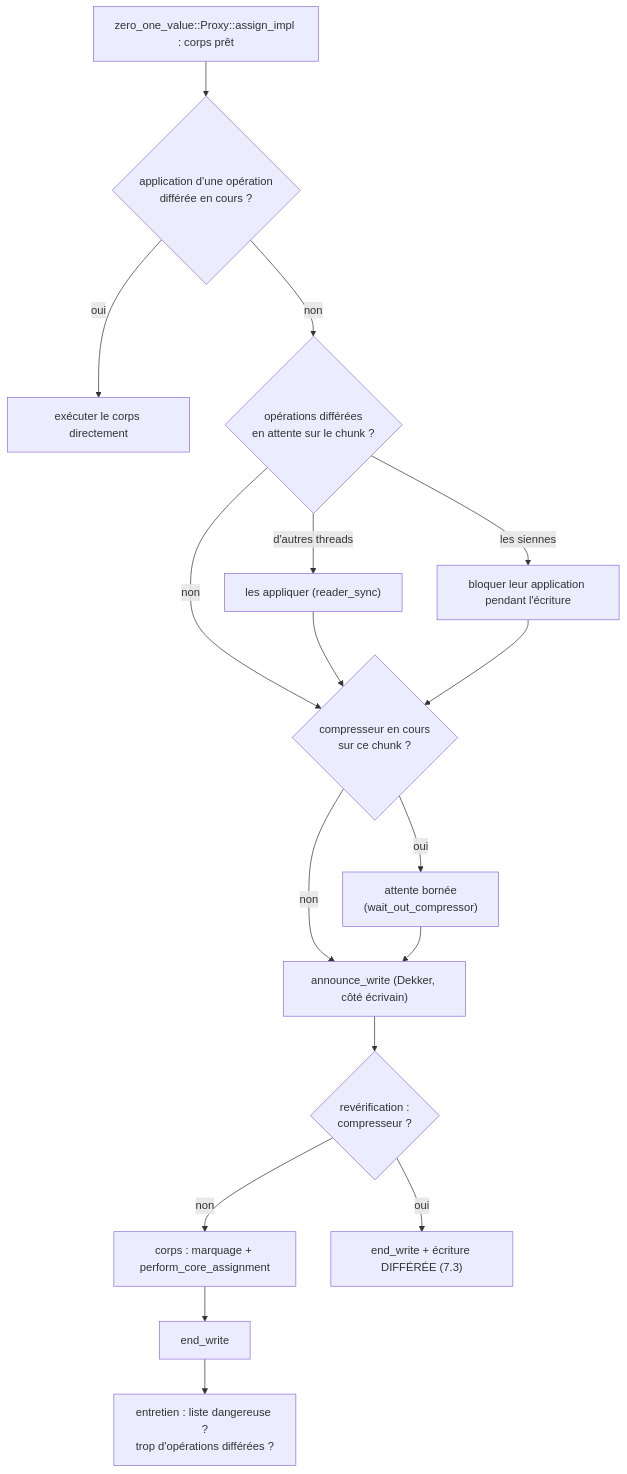
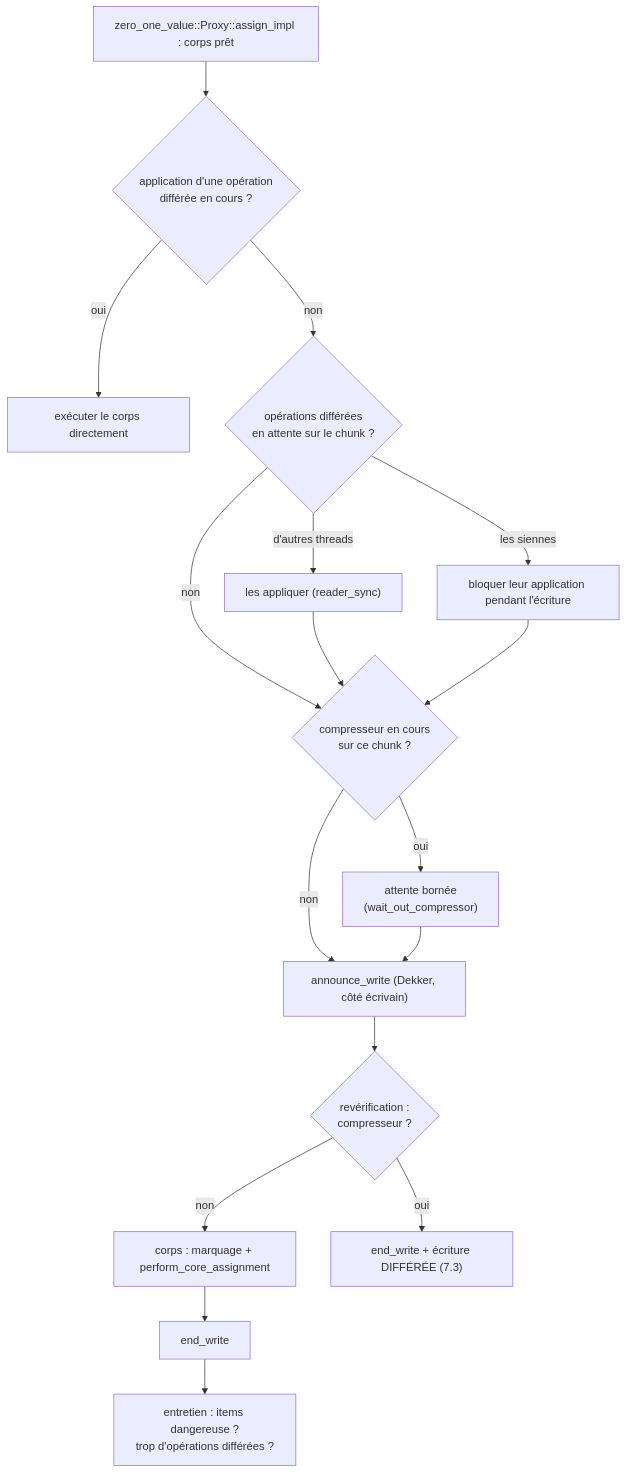
Before and after one commit to cea-hpc/shrink-array: the first of 2 diagrams in docs/algo_zero_one_value_fr.md, drawn with Mermaid. The commit also changed other lines of this file and 99 other files, not shown here.

````diff
--- a/docs/algo_zero_one_value_fr.md
+++ b/docs/algo_zero_one_value_fr.md
@@ -269,19 +269,19 @@
 ```mermaid
 flowchart TD
     A["zero_one_value::Proxy::assign_impl : corps prêt"] --> B{"application d'une opération<br/>différée en cours ?"}
     B -->|oui| B1["exécuter le corps directement"]
     B -->|non| C{"opérations différées<br/>en attente sur le chunk ?"}
     C -->|"d'autres threads"| C1["les appliquer (reader_sync)"]
     C -->|"les siennes"| C2["bloquer leur application pendant l'écriture"]
     C -->|non| D
     C1 --> D
     C2 --> D
     D{"compresseur en cours<br/>sur ce chunk ?"} -->|oui| D1["attente bornée<br/>(wait_out_compressor)"]
     D -->|non| E
     D1 --> E["announce_write (Dekker, côté écrivain)"]
     E --> F{"revérification :<br/>compresseur ?"}
     F -->|non| G["corps : marquage + perform_core_assignment"]
     G --> H["end_write"]
-    H --> I["entretien : liste dangereuse ?<br/>trop d'opérations différées ?"]
+    H --> I["entretien : items dangereuse ?<br/>trop d'opérations différées ?"]
     F -->|oui| J["end_write + écriture DIFFÉRÉE (7.3)"]
 ```
````
